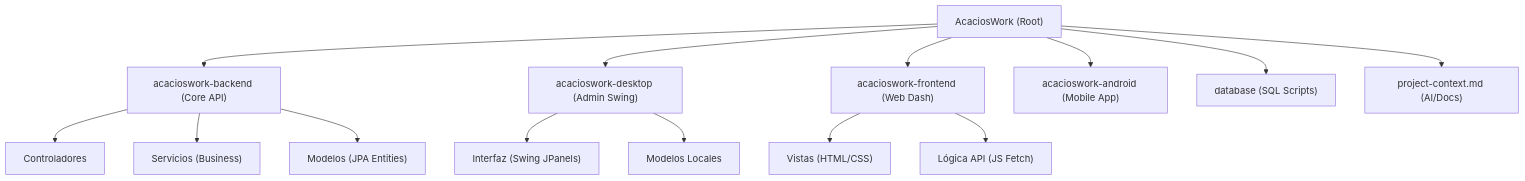
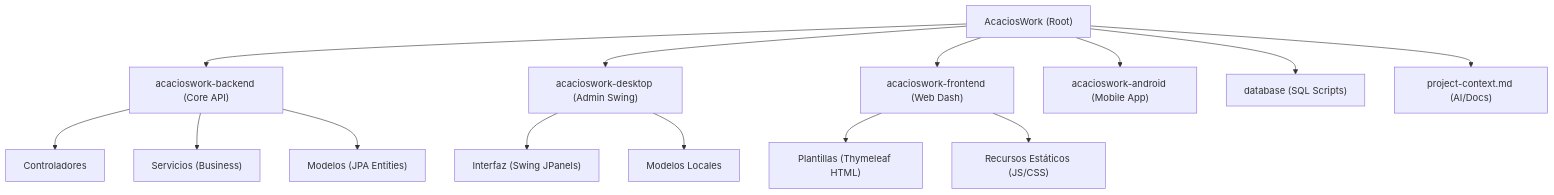
The second of 6 diagrams in project-context.md (andresrubiel123/AcaciosWork), drawn with Mermaid before and after one commit. The commit also changed other lines of this file and 50 other files, not shown here.

````diff
--- a/project-context.md
+++ b/project-context.md
@@ -46,21 +46,21 @@
 ```mermaid
 graph TD
     Root["AcaciosWork (Root)"]
     
     Root --> BE["acacioswork-backend (Core API)"]
     Root --> DE["acacioswork-desktop (Admin Swing)"]
     Root --> FE["acacioswork-frontend (Web Dash)"]
     Root --> AN["acacioswork-android (Mobile App)"]
     Root --> DB_S["database (SQL Scripts)"]
     Root --> CTX["project-context.md (AI/Docs)"]
 
     BE --> BE_CTRL["Controladores"]
     BE --> BE_SRV["Servicios (Business)"]
     BE --> BE_MOD["Modelos (JPA Entities)"]
 
     DE --> DE_UI["Interfaz (Swing JPanels)"]
     DE --> DE_MOD["Modelos Locales"]
 
-    FE --> FE_HTML["Vistas (HTML/CSS)"]
-    FE --> FE_JS["Lógica API (JS Fetch)"]
+    FE --> FE_TMPL["Plantillas (Thymeleaf HTML)"]
+    FE --> FE_STAT["Recursos Estáticos (JS/CSS)"]
 ```
````
